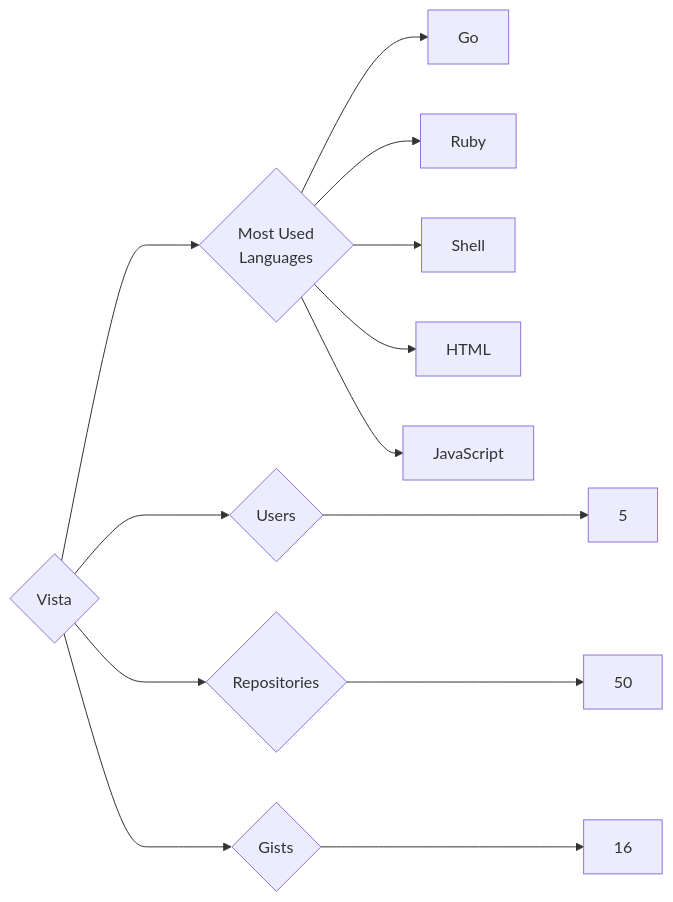
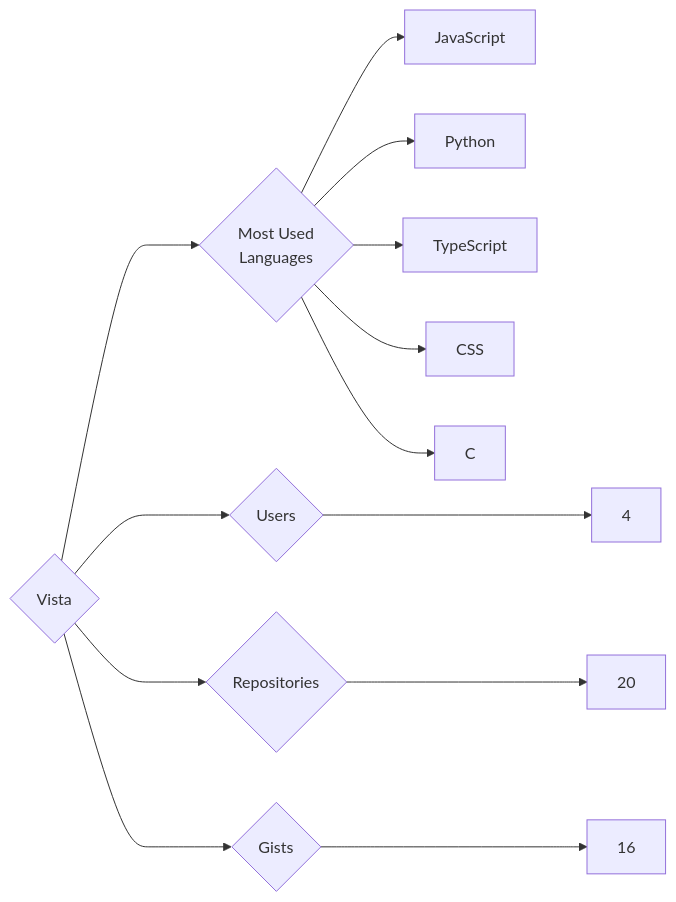
One commit to trickest/insiders changed the diagram in targets/Vista/README.md. Above: the diagram before and after it, drawn with Mermaid. The commit also changed 1484 other files, not shown here.

````diff
--- a/targets/Vista/README.md
+++ b/targets/Vista/README.md
@@ -3,13 +3,13 @@
 ```mermaid
 graph LR
 COMPANY_NAME{Vista}
-COMPANY_NAME ---> U{Users} ---> UN[5]
-COMPANY_NAME ---> R{Repositories} ---> RN[50]
+COMPANY_NAME ---> U{Users} ---> UN[4]
+COMPANY_NAME ---> R{Repositories} ---> RN[20]
 COMPANY_NAME ---> G{Gists} ---> GN[16]
 COMPANY_NAME ---> ML{Most Used<br>Languages}
-ML --> Go[Go]
-ML --> Ruby[Ruby]
-ML --> Shell[Shell]
-ML --> HTML[HTML]
 ML --> JavaScript[JavaScript]
+ML --> Python[Python]
+ML --> TypeScript[TypeScript]
+ML --> CSS[CSS]
+ML --> C[C]
 ```
````
